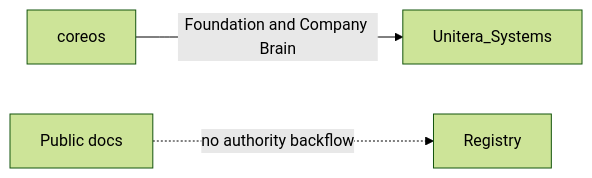
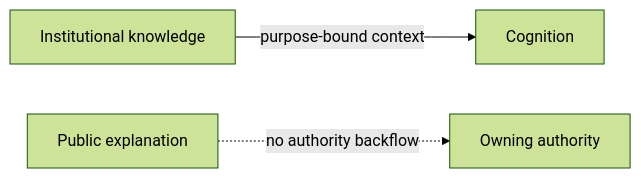
The fourth of 8 diagrams in MERMAID.md (baum777/unitera_public_docs), drawn with Mermaid (forest theme) before and after one commit. The commit also changed other lines of this file and 66 other files, not shown here.

````diff
--- a/MERMAID.md
+++ b/MERMAID.md
@@ -94,5 +94,5 @@
 ```mermaid
 flowchart LR
-    C["coreos"] -->|"Foundation and Company Brain"| S["Unitera_Systems"]
-    D["Public docs"] -. no authority backflow .-> R["Registry"]
+    K["Institutional knowledge"] -->|"purpose-bound context"| C["Cognition"]
+    D["Public explanation"] -. no authority backflow .-> A["Owning authority"]
 ```
````
